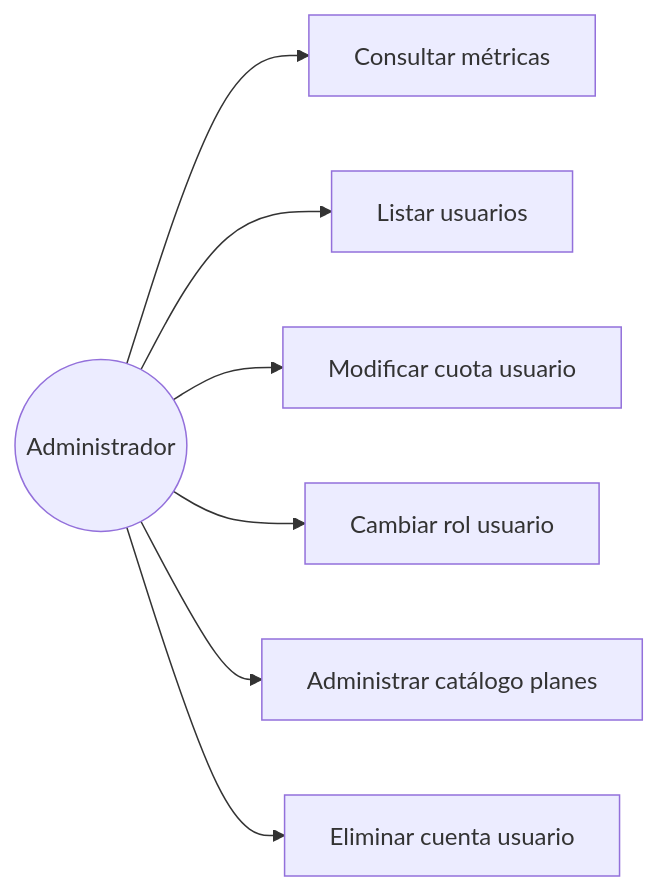
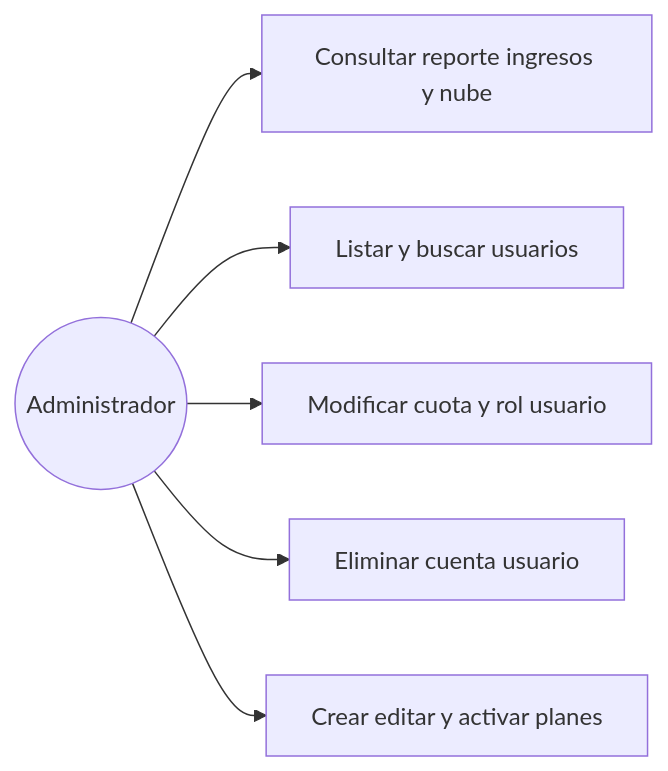
Before and after one commit to JFernn4/Servicio-de-Almacenamiento: the third of 15 diagrams in docs/DOCUMENTACION_PROYECTO.md, drawn with Mermaid. The commit also changed other lines of this file and 8 other files, not shown here.

````diff
--- a/docs/DOCUMENTACION_PROYECTO.md
+++ b/docs/DOCUMENTACION_PROYECTO.md
@@ -101,17 +118,15 @@
 ```mermaid
 flowchart LR
     Admin((Administrador))
-    CU08["Consultar métricas"]
-    CU09["Listar usuarios"]
-    CU10["Modificar cuota usuario"]
-    CU11["Cambiar rol usuario"]
-    CU12["Administrar catálogo planes"]
-    CU13["Eliminar cuenta usuario"]
+    CU12["Consultar reporte ingresos y nube"]
+    CU13["Listar y buscar usuarios"]
+    CU14["Modificar cuota y rol usuario"]
+    CU15["Eliminar cuenta usuario"]
+    CU16["Crear editar y activar planes"]
 
-    Admin --> CU08
-    Admin --> CU09
-    Admin --> CU10
-    Admin --> CU11
     Admin --> CU12
     Admin --> CU13
+    Admin --> CU14
+    Admin --> CU15
+    Admin --> CU16
 ```
````
